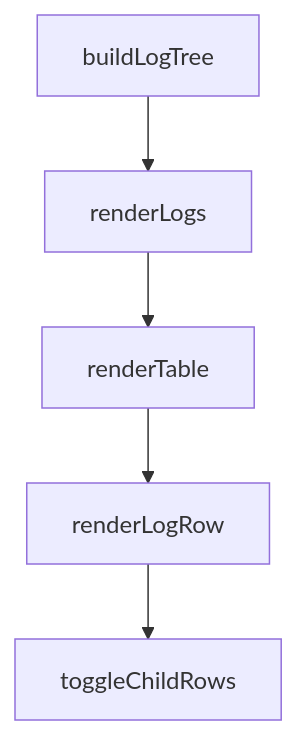
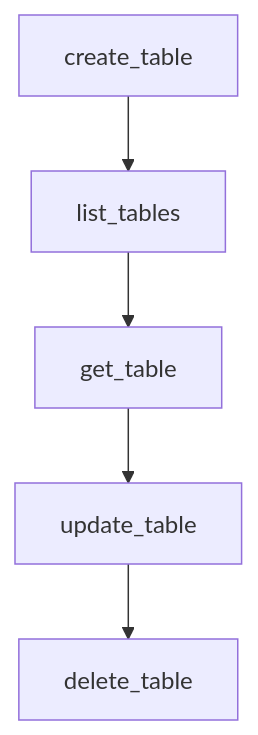
Before and after one commit to johnxie/awesome-code-docs: the diagram in tutorials/babyagi-tutorial/04-task-creation-and-prioritization-engine.md, drawn with Mermaid. The commit also changed other lines of this file and 1232 other files, not shown here.

````diff
--- a/tutorials/babyagi-tutorial/04-task-creation-and-prioritization-engine.md
+++ b/tutorials/babyagi-tutorial/04-task-creation-and-prioritization-engine.md
@@ -212,12 +210,12 @@
 ```mermaid
 flowchart TD
-    A[buildLogTree]
-    B[renderLogs]
-    C[renderTable]
-    D[renderLogRow]
-    E[toggleChildRows]
+    A[create_table]
+    B[list_tables]
+    C[get_table]
+    D[update_table]
+    E[delete_table]
     A --> B
     B --> C
     C --> D
     D --> E
 ```
````
